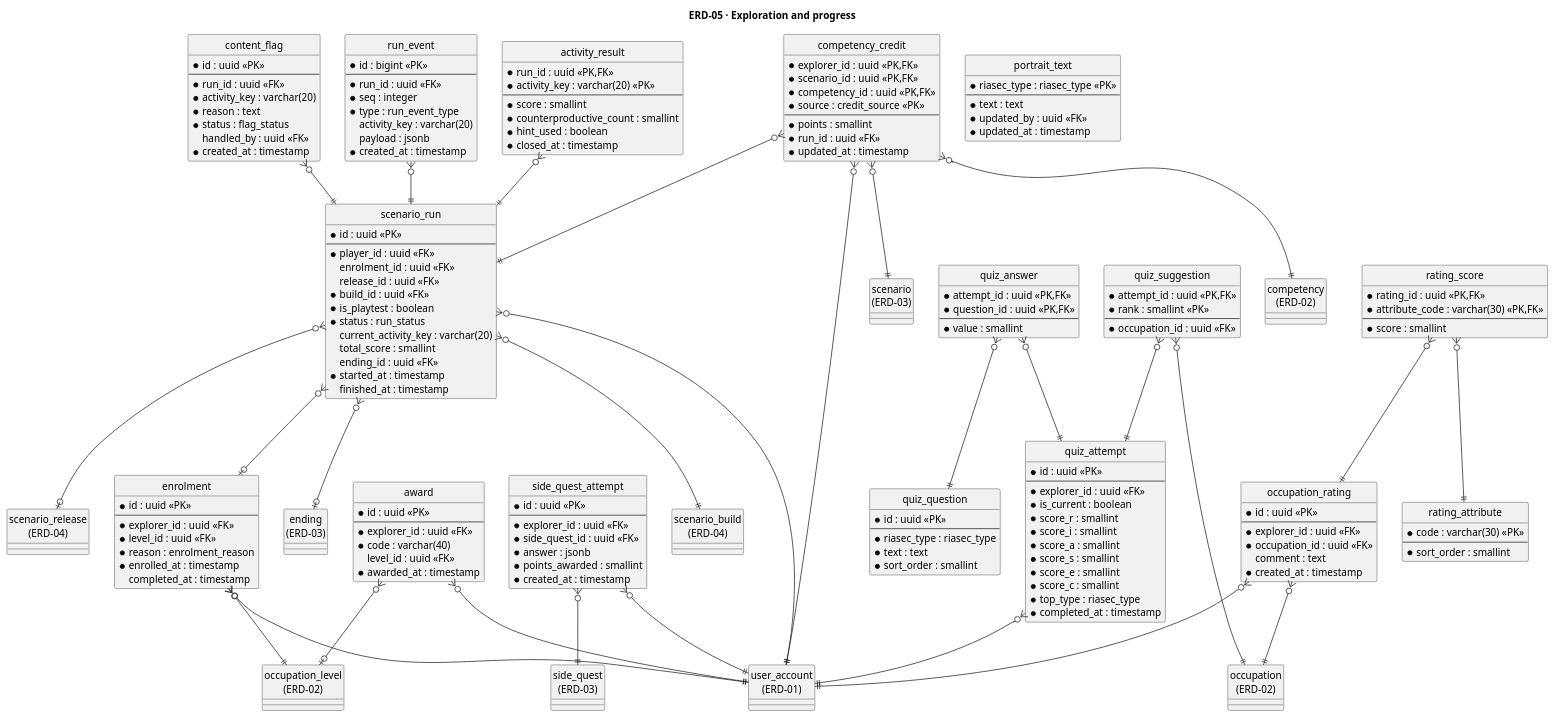
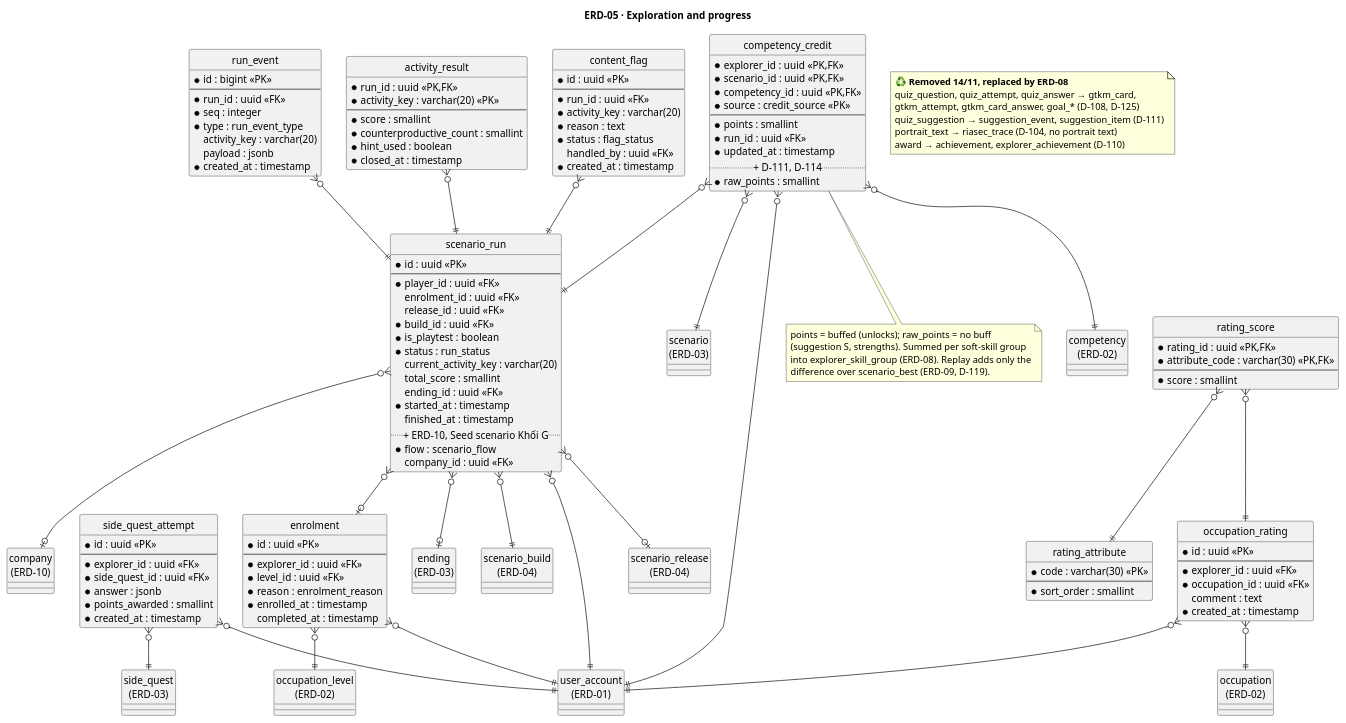
The diagram in reports/master/plantuml/erd/ERD-05_ExplorationAndProgress.puml (The-Golden-Trio/Capstone-Project), drawn with PlantUML before and after one commit. The commit also changed 59 other files, not shown here.

```diff
--- a/reports/master/plantuml/erd/ERD-05_ExplorationAndProgress.puml
+++ b/reports/master/plantuml/erd/ERD-05_ExplorationAndProgress.puml
@@ -1,197 +1,159 @@
 @startuml ERD-05_ExplorationAndProgress
 title ERD-05 · Exploration and progress
 hide circle
 
 entity "enrolment" as enrolment {
   * id : uuid <<PK>>
   --
   * explorer_id : uuid <<FK>>
   * level_id : uuid <<FK>>
   * reason : enrolment_reason
   * enrolled_at : timestamp
     completed_at : timestamp
 }
 
 entity "scenario_run" as scenario_run {
   * id : uuid <<PK>>
   --
   * player_id : uuid <<FK>>
     enrolment_id : uuid <<FK>>
     release_id : uuid <<FK>>
   * build_id : uuid <<FK>>
   * is_playtest : boolean
   * status : run_status
     current_activity_key : varchar(20)
     total_score : smallint
     ending_id : uuid <<FK>>
   * started_at : timestamp
     finished_at : timestamp
+  .. + ERD-10, Seed scenario Khối G ..
+  * flow : scenario_flow
+    company_id : uuid <<FK>>
 }
 
 entity "run_event" as run_event {
   * id : bigint <<PK>>
   --
   * run_id : uuid <<FK>>
   * seq : integer
   * type : run_event_type
     activity_key : varchar(20)
     payload : jsonb
   * created_at : timestamp
 }
 
 entity "activity_result" as activity_result {
   * run_id : uuid <<PK,FK>>
   * activity_key : varchar(20) <<PK>>
   --
   * score : smallint
   * counterproductive_count : smallint
   * hint_used : boolean
   * closed_at : timestamp
 }
 
 entity "competency_credit" as competency_credit {
   * explorer_id : uuid <<PK,FK>>
   * scenario_id : uuid <<PK,FK>>
   * competency_id : uuid <<PK,FK>>
   * source : credit_source <<PK>>
   --
   * points : smallint
   * run_id : uuid <<FK>>
   * updated_at : timestamp
+  .. + D-111, D-114 ..
+  * raw_points : smallint
 }
 
 entity "side_quest_attempt" as side_quest_attempt {
   * id : uuid <<PK>>
   --
   * explorer_id : uuid <<FK>>
   * side_quest_id : uuid <<FK>>
   * answer : jsonb
   * points_awarded : smallint
   * created_at : timestamp
-}
-
-entity "award" as award {
-  * id : uuid <<PK>>
-  --
-  * explorer_id : uuid <<FK>>
-  * code : varchar(40)
-    level_id : uuid <<FK>>
-  * awarded_at : timestamp
 }
 
 entity "content_flag" as content_flag {
   * id : uuid <<PK>>
   --
   * run_id : uuid <<FK>>
   * activity_key : varchar(20)
   * reason : text
   * status : flag_status
     handled_by : uuid <<FK>>
   * created_at : timestamp
 }
 
 entity "occupation_rating" as occupation_rating {
   * id : uuid <<PK>>
   --
   * explorer_id : uuid <<FK>>
   * occupation_id : uuid <<FK>>
     comment : text
   * created_at : timestamp
 }
 
 entity "rating_attribute" as rating_attribute {
   * code : varchar(30) <<PK>>
   --
   * sort_order : smallint
 }
 
 entity "rating_score" as rating_score {
   * rating_id : uuid <<PK,FK>>
   * attribute_code : varchar(30) <<PK,FK>>
   --
   * score : smallint
 }
 
-entity "quiz_question" as quiz_question {
-  * id : uuid <<PK>>
-  --
-  * riasec_type : riasec_type
-  * text : text
-  * sort_order : smallint
-}
-
-entity "quiz_attempt" as quiz_attempt {
-  * id : uuid <<PK>>
-  --
-  * explorer_id : uuid <<FK>>
-  * is_current : boolean
-  * score_r : smallint
-  * score_i : smallint
-  * score_a : smallint
-  * score_s : smallint
-  * score_e : smallint
-  * score_c : smallint
-  * top_type : riasec_type
-  * completed_at : timestamp
-}
-
-entity "quiz_answer" as quiz_answer {
-  * attempt_id : uuid <<PK,FK>>
-  * question_id : uuid <<PK,FK>>
-  --
-  * value : smallint
-}
-
-entity "quiz_suggestion" as quiz_suggestion {
-  * attempt_id : uuid <<PK,FK>>
-  * rank : smallint <<PK>>
-  --
-  * occupation_id : uuid <<FK>>
-}
-
-entity "portrait_text" as portrait_text {
-  * riasec_type : riasec_type <<PK>>
-  --
-  * text : text
-  * updated_by : uuid <<FK>>
-  * updated_at : timestamp
-}
-
 entity "competency\n(ERD-02)" as competency
 entity "ending\n(ERD-03)" as ending
 entity "occupation\n(ERD-02)" as occupation
 entity "occupation_level\n(ERD-02)" as occupation_level
 entity "scenario\n(ERD-03)" as scenario
 entity "scenario_build\n(ERD-04)" as scenario_build
 entity "scenario_release\n(ERD-04)" as scenario_release
 entity "side_quest\n(ERD-03)" as side_quest
 entity "user_account\n(ERD-01)" as user_account
+entity "company\n(ERD-10)" as company
 
 enrolment }o--|| user_account
 enrolment }o--|| occupation_level
 scenario_run }o--|| user_account
 scenario_run }o--o| enrolment
 scenario_run }o--o| scenario_release
 scenario_run }o--|| scenario_build
 scenario_run }o--o| ending
+scenario_run }o--o| company
 run_event }o--|| scenario_run
 activity_result }o--|| scenario_run
 competency_credit }o--|| user_account
 competency_credit }o--|| scenario
 competency_credit }o--|| competency
 competency_credit }o--|| scenario_run
 side_quest_attempt }o--|| user_account
 side_quest_attempt }o--|| side_quest
-award }o--|| user_account
-award }o--o| occupation_level
 content_flag }o--|| scenario_run
 occupation_rating }o--|| user_account
 occupation_rating }o--|| occupation
 rating_score }o--|| occupation_rating
 rating_score }o--|| rating_attribute
-quiz_attempt }o--|| user_account
-quiz_answer }o--|| quiz_attempt
-quiz_answer }o--|| quiz_question
-quiz_suggestion }o--|| quiz_attempt
-quiz_suggestion }o--|| occupation
+
+note as replaced
+  <b>♻️ Removed 14/11, replaced by ERD-08</b>
+  quiz_question, quiz_attempt, quiz_answer → gtkm_card,
+  gtkm_attempt, gtkm_card_answer, goal_* (D-108, D-125)
+  quiz_suggestion → suggestion_event, suggestion_item (D-111)
+  portrait_text → riasec_trace (D-104, no portrait text)
+  award → achievement, explorer_achievement (D-110)
+end note
+
+note bottom of competency_credit
+  points = buffed (unlocks); raw_points = no buff
+  (suggestion S, strengths). Summed per soft-skill group
+  into explorer_skill_group (ERD-08). Replay adds only the
+  difference over scenario_best (ERD-09, D-119).
+end note
 @enduml
```
